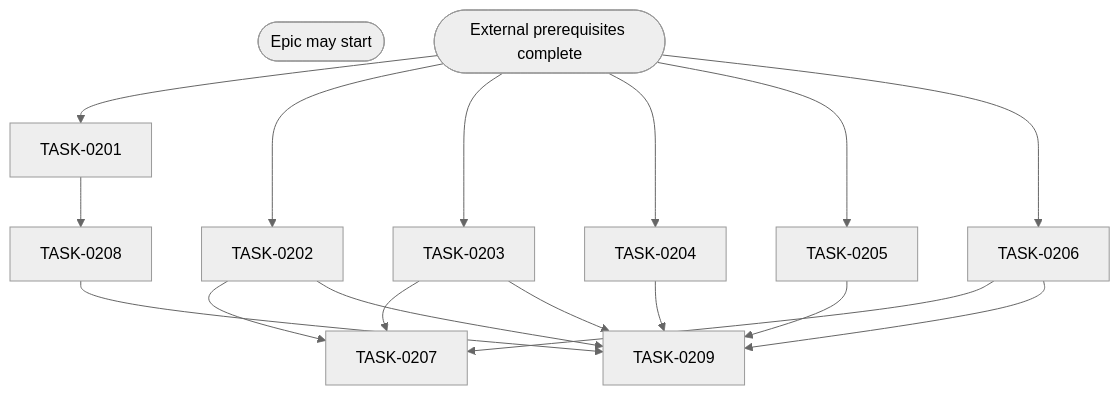
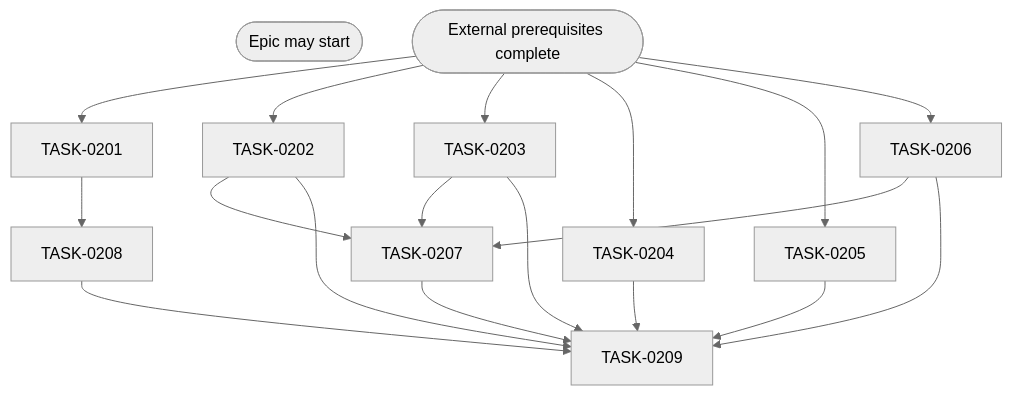
One commit to MCLifeLeader/System-Uptime-Tracker changed the diagram in docs/backlog/epics/EPIC-02.md. Above: the diagram before and after it, drawn with Mermaid (neutral theme). The commit also changed other lines of this file and 49 other files, not shown here.

```diff
--- a/docs/backlog/epics/EPIC-02.md
+++ b/docs/backlog/epics/EPIC-02.md
@@ -26,30 +26,31 @@
 ~~~mermaid
 flowchart TD
   START([Epic may start])
   UPSTREAM([External prerequisites complete])
   TASK_0201[TASK-0201]
   TASK_0202[TASK-0202]
   TASK_0203[TASK-0203]
   TASK_0204[TASK-0204]
   TASK_0205[TASK-0205]
   TASK_0206[TASK-0206]
   TASK_0207[TASK-0207]
   TASK_0208[TASK-0208]
   TASK_0209[TASK-0209]
   TASK_0201 --> TASK_0208
   TASK_0202 --> TASK_0207
   TASK_0202 --> TASK_0209
   TASK_0203 --> TASK_0207
   TASK_0203 --> TASK_0209
   TASK_0204 --> TASK_0209
   TASK_0205 --> TASK_0209
   TASK_0206 --> TASK_0207
   TASK_0206 --> TASK_0209
+  TASK_0207 --> TASK_0209
   TASK_0208 --> TASK_0209
   UPSTREAM --> TASK_0201
   UPSTREAM --> TASK_0202
   UPSTREAM --> TASK_0203
   UPSTREAM --> TASK_0204
   UPSTREAM --> TASK_0205
   UPSTREAM --> TASK_0206
 ~~~
```
